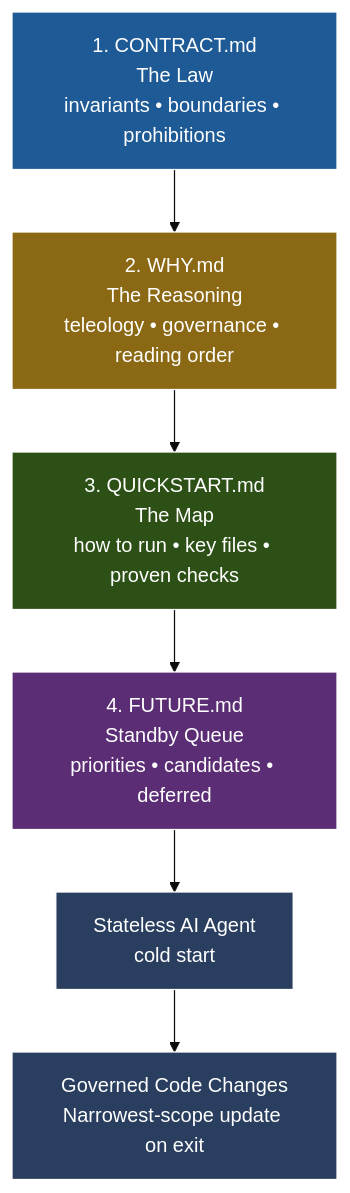
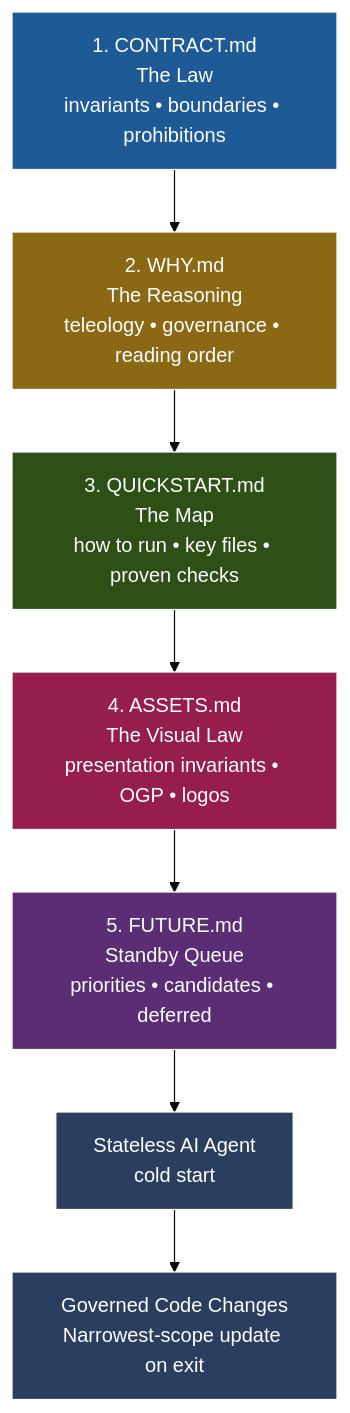
Before and after one commit to ajaxStardust/CONTRACT-Style-Comments: the diagram in README.md, drawn with Mermaid (base theme). The commit also changed other lines of this file and 8 other files, not shown here.

Commit message:
Standardize ASSETS.md, Visual Silent Regressions (VSRs), and Stateless Sensory Deficit in Agentic Trivium

````diff
--- a/README.md
+++ b/README.md
@@ -56,20 +65,22 @@
 ```mermaid
 graph TD
     A["1. CONTRACT.md<br/>The Law<br/>invariants • boundaries • prohibitions"] 
     B["2. WHY.md<br/>The Reasoning<br/>teleology • governance • reading order"]
     C["3. QUICKSTART.md<br/>The Map<br/>how to run • key files • proven checks"]
-    D["4. FUTURE.md<br/>Standby Queue<br/>priorities • candidates • deferred"]
+    G["4. ASSETS.md<br/>The Visual Law<br/>presentation invariants • OGP • logos"]
+    D["5. FUTURE.md<br/>Standby Queue<br/>priorities • candidates • deferred"]
     E["Stateless AI Agent<br/>cold start"]
     F["Governed Code Changes<br/>Narrowest-scope update on exit"]
     
-    A --> B --> C --> D
+    A --> B --> C --> G --> D
     D --> E
     E --> F
     
     style A fill:#1e5a96,color:#fff,stroke:#fff
     style B fill:#8b6914,color:#fff,stroke:#fff
     style C fill:#2d5016,color:#fff,stroke:#fff
+    style G fill:#961e4c,color:#fff,stroke:#fff
     style D fill:#5b2d75,color:#fff,stroke:#fff
     style E fill:#2a3f5f,color:#fff,stroke:#fff
     style F fill:#2a3f5f,color:#fff,stroke:#fff
 ```
````
